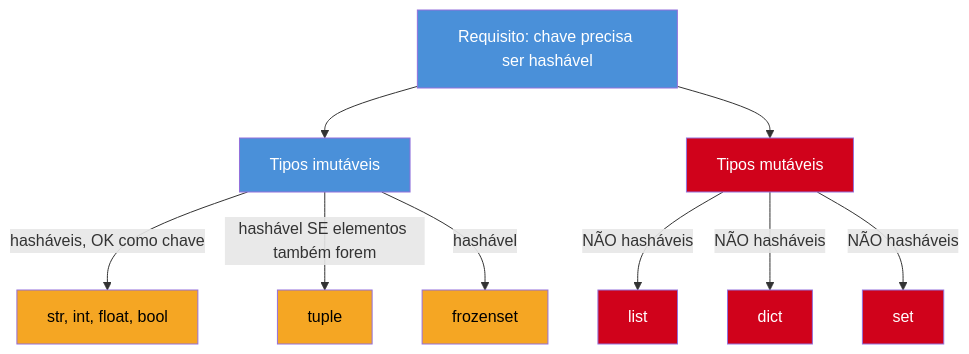
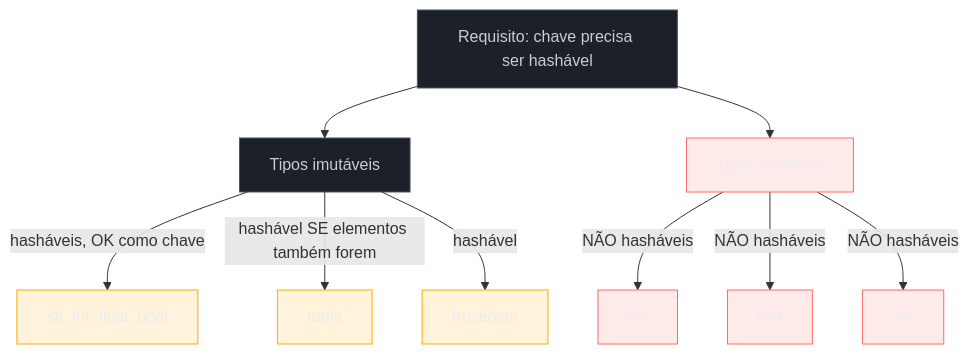
The third of 3 diagrams in 03-Dominios/Tecnologia/Python/Collections e Comprehensions/03 - Dicionários.md (josenaldo/codex-technomanticus), drawn with Mermaid before and after one commit. The commit also changed other lines of this file and 1181 other files, not shown here.

First line of the commit message:
fix(diagramas): paleta do sistema no lugar de cor cravada no markdown

````diff
--- a/03-Dominios/Tecnologia/Python/Collections e Comprehensions/03 - Dicionários.md
+++ b/03-Dominios/Tecnologia/Python/Collections e Comprehensions/03 - Dicionários.md
@@ -376,21 +378,24 @@
 ```mermaid
 flowchart TB
+    classDef neutro fill:#1B2029,stroke:#4E5666,color:#C6CCD8
+    classDef falha fill:#FF6B6B24,stroke:#FF6B6B,color:#E9ECF2
+    classDef destaque fill:#FFAA0024,stroke:#FFAA00,color:#E9ECF2
     H["Requisito: chave precisa ser hashável"] --> IM["Tipos imutáveis"]
     H --> MU["Tipos mutáveis"]
     IM -->|"hasháveis, OK como chave"| STR["str, int, float, bool"]
     IM -->|"hashável SE elementos também forem"| TUP["tuple"]
     IM -->|"hashável"| FS["frozenset"]
     MU -->|"NÃO hasháveis"| LST["list"]
     MU -->|"NÃO hasháveis"| DCT["dict"]
     MU -->|"NÃO hasháveis"| ST["set"]
 
-    style H fill:#4A90D9,color:#fff
-    style IM fill:#4A90D9,color:#fff
-    style MU fill:#D0021B,color:#fff
-    style STR fill:#F5A623,color:#000
-    style TUP fill:#F5A623,color:#000
-    style FS fill:#F5A623,color:#000
-    style LST fill:#D0021B,color:#fff
-    style DCT fill:#D0021B,color:#fff
-    style ST fill:#D0021B,color:#fff
+    class H neutro
+    class IM neutro
+    class MU falha
+    class STR destaque
+    class TUP destaque
+    class FS destaque
+    class LST falha
+    class DCT falha
+    class ST falha
 ```
````
